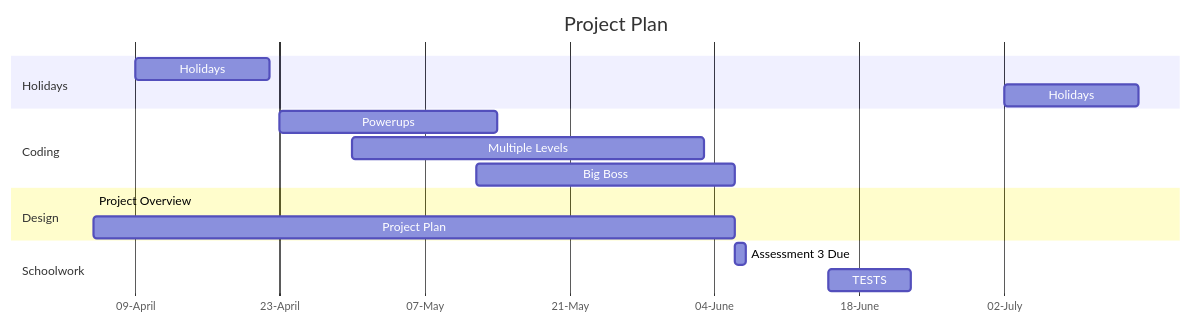
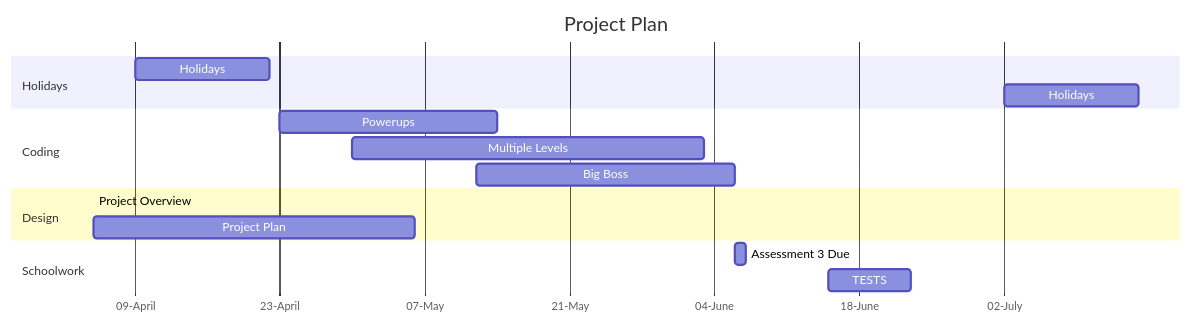
The diagram in design.md (0676693/Invade-Spacers), drawn with Mermaid before and after one commit.

````diff
--- a/design.md
+++ b/design.md
@@ -31,25 +31,25 @@
 ```mermaid
 gantt
     title Project Plan
 dateFormat DD-MM-YY
 axisFormat %d-%B
 tickInterval 2week
 
 section Holidays
 Holidays: 09-04-23, 22-04-23
 Holidays: 02-07-23, 15-07-23
 
 section Coding
 Powerups: 23-04-23, 14-05-23
 Multiple Levels: 30-04-23, 03-06-23
 Big Boss: 12-05-23, 06-06-23
 
 section Design
 Project Overview:05-04-23, id
-Project Plan: 05-04-23, 06-06-23
+Project Plan: 05-04-23, 06-05-23
 
 
 section Schoolwork
 Assessment 3 Due: 06-06-23, 07-06-23
 TESTS: 15-06-23, 23-06-23
 ```
````
